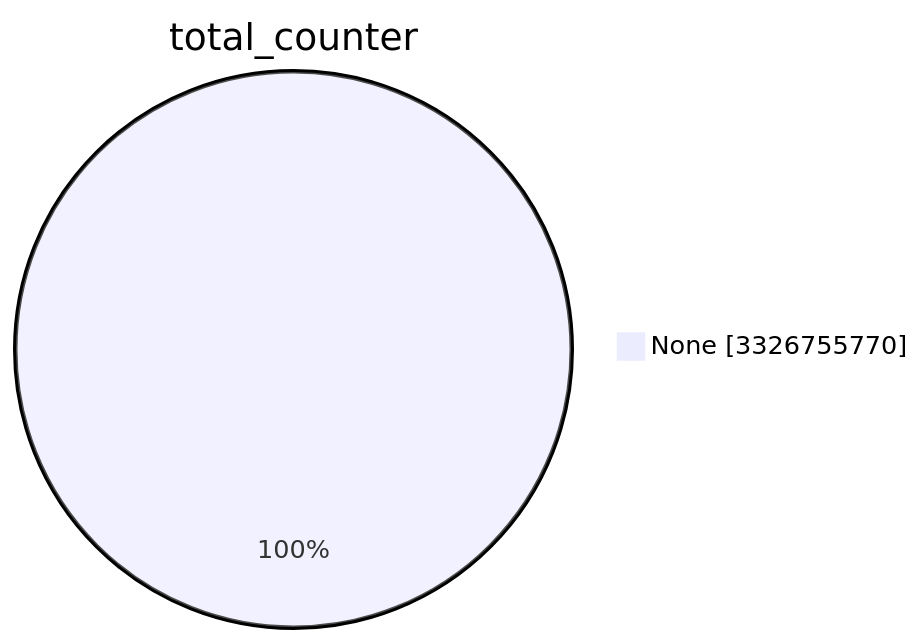
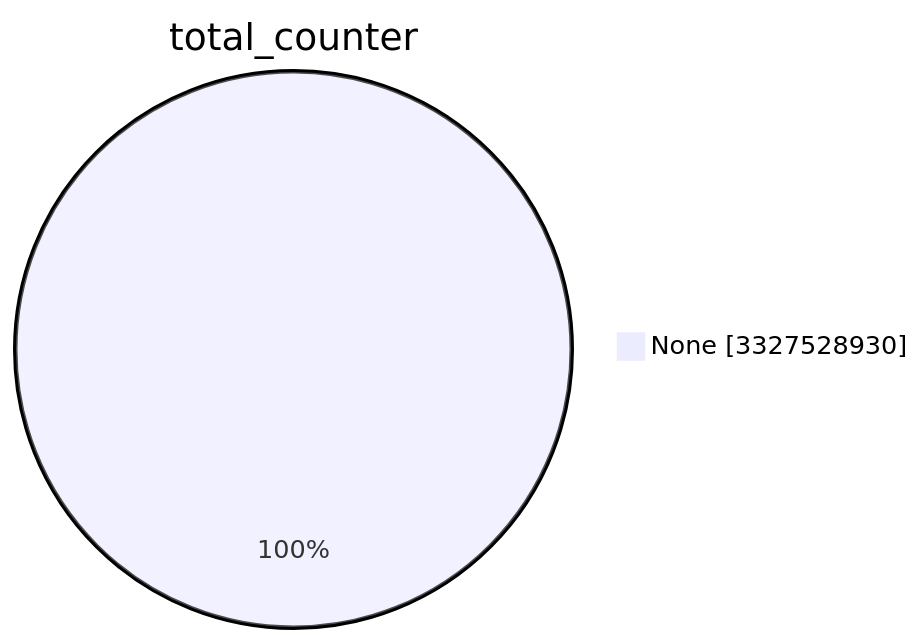
Before and after one commit to christiankrug/ctmonitor_visualization: the first of 15 diagrams in TOTAL/README.md, drawn with Mermaid. The commit also changed other lines of this file, not shown here.

````diff
--- a/TOTAL/README.md
+++ b/TOTAL/README.md
@@ -1,5 +1,5 @@
 ```mermaid
 pie showData
 title total_counter
-"None" :3326755770
+"None" :3327528930
 ```
````
